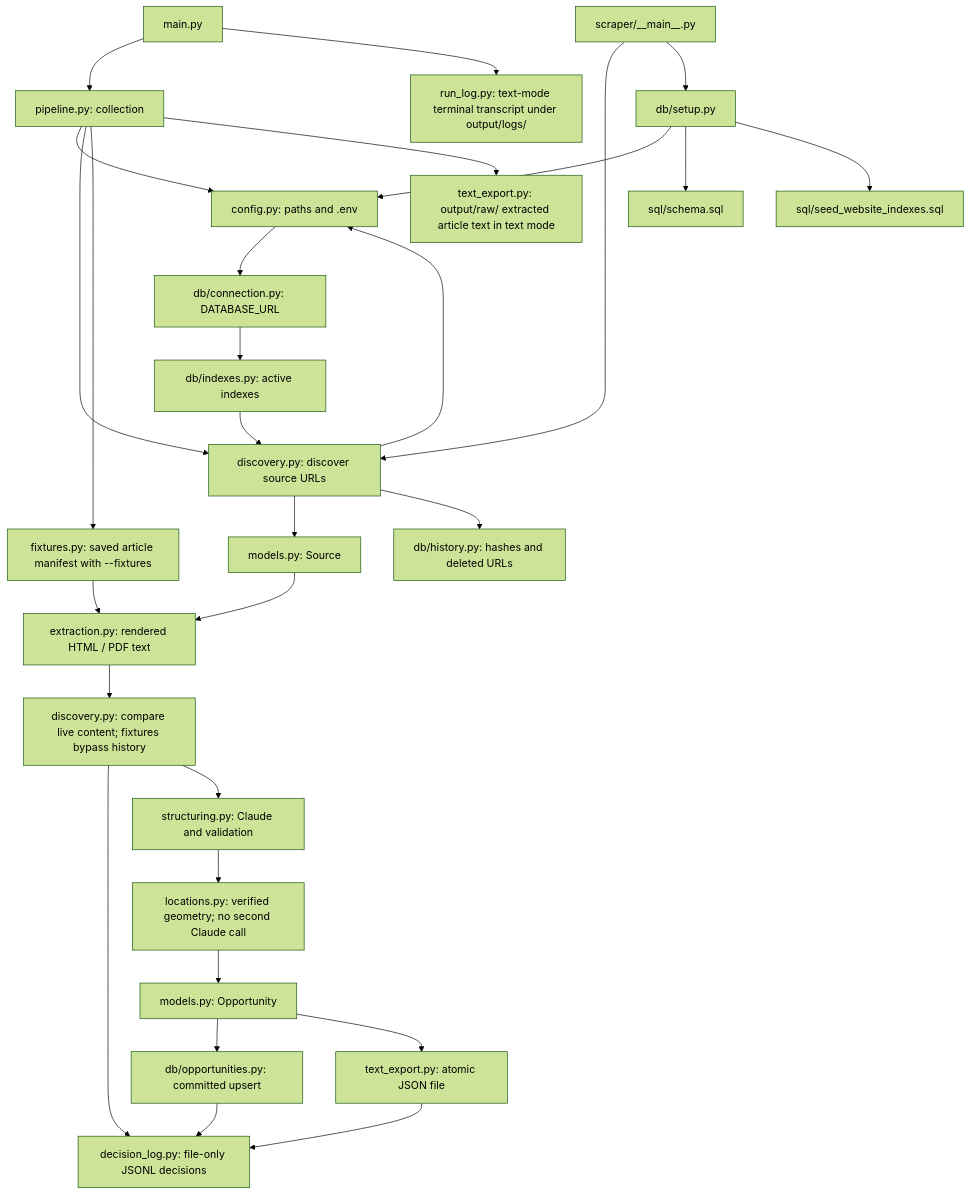
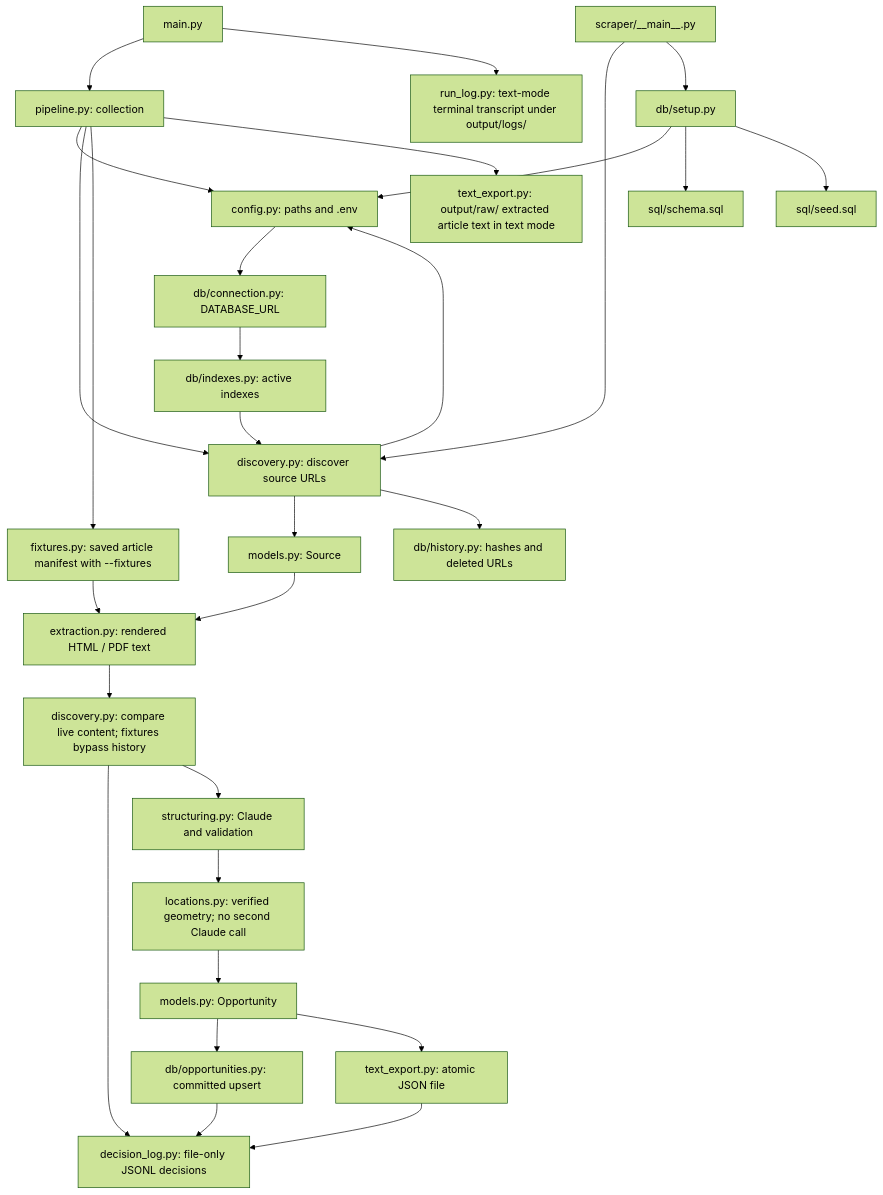
One commit to MCLWxMBI/scraper changed the diagram in README.md. Above: the diagram before and after it, drawn with Mermaid (forest theme). The commit also changed other lines of this file and 12 other files, not shown here.

````diff
--- a/README.md
+++ b/README.md
@@ -222,31 +223,31 @@
 ```mermaid
 flowchart TD
     Main["main.py"] --> Pipeline["pipeline.py: collection"]
     Main --> RunLog["run_log.py: text-mode terminal transcript under output/logs/"]
     Commands["scraper/__main__.py"] --> Discovery["discovery.py: discover source URLs"]
     Commands --> Setup["db/setup.py"]
     Pipeline --> Config["config.py: paths and .env"]
     Discovery --> Config
     Setup --> Config
     Config --> Connection["db/connection.py: DATABASE_URL"]
     Connection --> Indexes["db/indexes.py: active indexes"]
     Pipeline --> Discovery
     Pipeline --> Fixtures["fixtures.py: saved article manifest with --fixtures"]
     Fixtures --> Extraction
     Indexes --> Discovery
     Discovery --> Sources["models.py: Source"]
     Sources --> Extraction["extraction.py: rendered HTML / PDF text"]
     Discovery --> History["db/history.py: hashes and deleted URLs"]
     Extraction --> Gate["discovery.py: compare live content; fixtures bypass history"]
     Gate --> Decisions["decision_log.py: file-only JSONL decisions"]
     Gate --> Structuring["structuring.py: Claude and validation"]
     Structuring --> Geography["locations.py: verified geometry; no second Claude call"]
     Geography --> Opportunity["models.py: Opportunity"]
     Opportunity --> Database["db/opportunities.py: committed upsert"]
     Opportunity --> Text["text_export.py: atomic JSON file"]
     Database --> Decisions
     Pipeline --> Raw["text_export.py: output/raw/ extracted article text in text mode"]
     Text --> Decisions
     Setup --> Schema["sql/schema.sql"]
-    Setup --> Seed["sql/seed_website_indexes.sql"]
+    Setup --> Seed["sql/seed.sql"]
 ```
````
